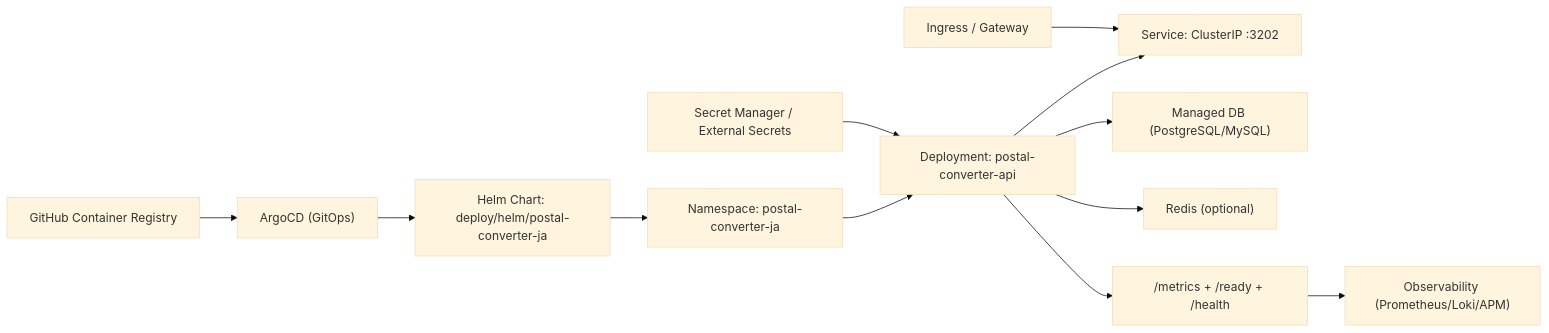
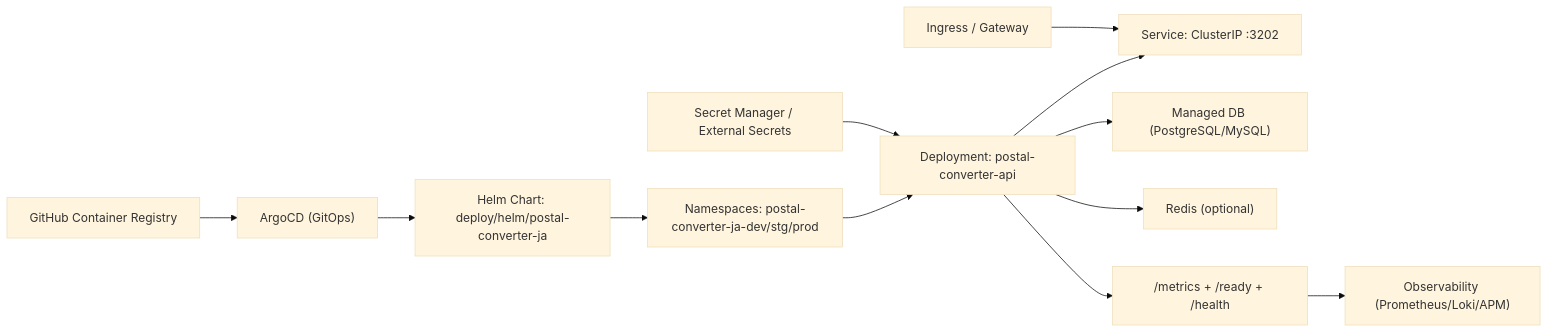
One commit to mt4110/postal_converter_ja changed the diagram in docs/K8S_ADOPTION_BLUEPRINT.md. Above: the diagram before and after it, drawn with Mermaid (base theme). The commit also changed other lines of this file and 3 other files, not shown here.

````diff
--- a/docs/K8S_ADOPTION_BLUEPRINT.md
+++ b/docs/K8S_ADOPTION_BLUEPRINT.md
@@ -7,14 +7,14 @@
 ```mermaid
 flowchart LR
   GH["GitHub Container Registry"] --> ARGO["ArgoCD (GitOps)"]
   ARGO --> HELM["Helm Chart: deploy/helm/postal-converter-ja"]
-  HELM --> NS["Namespace: postal-converter-ja"]
+  HELM --> NS["Namespaces: postal-converter-ja-dev/stg/prod"]
   NS --> DEP["Deployment: postal-converter-api"]
   DEP --> SVC["Service: ClusterIP :3202"]
   INGRESS["Ingress / Gateway"] --> SVC
   DEP --> DB["Managed DB (PostgreSQL/MySQL)"]
   DEP --> REDIS["Redis (optional)"]
   DEP --> METRICS["/metrics + /ready + /health"]
   METRICS --> OBS["Observability (Prometheus/Loki/APM)"]
   SECOPS["Secret Manager / External Secrets"] --> DEP
 ```
````
